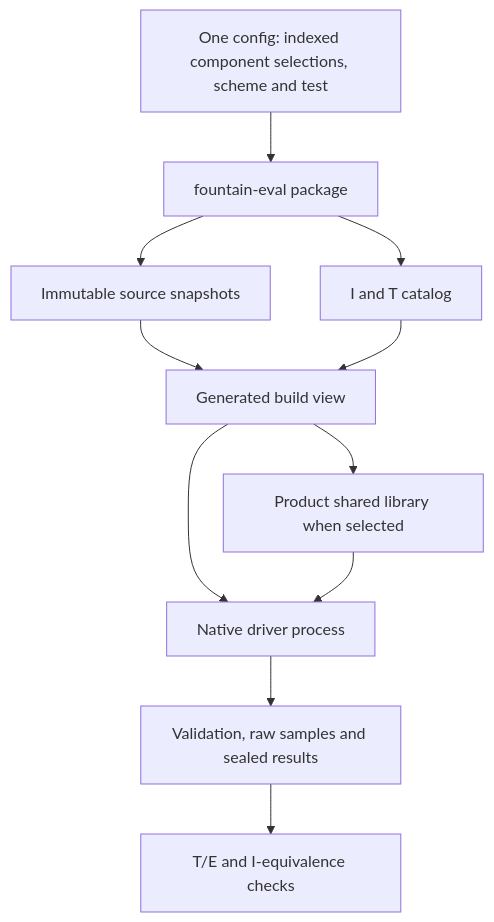
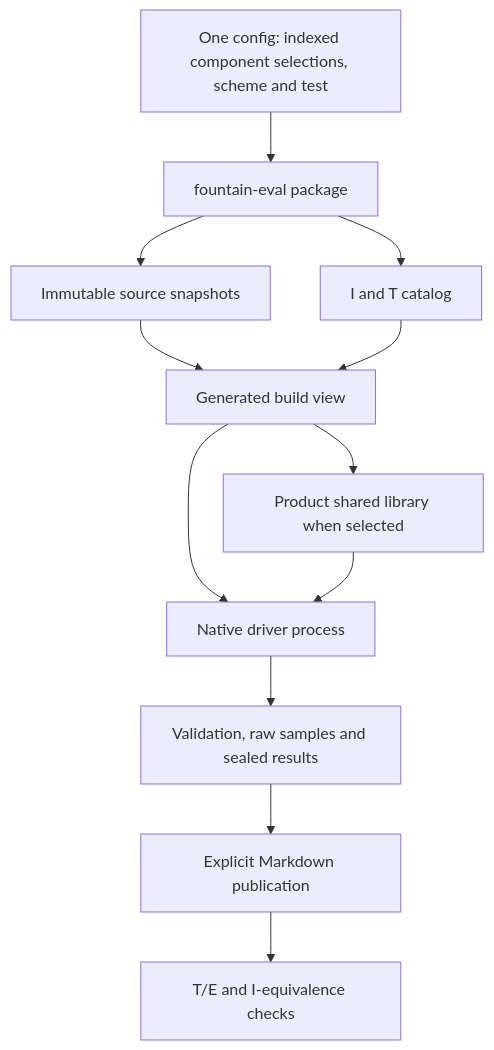
One commit to Gideon-0709/fountain_eval changed the diagram in docs/DESIGN.md. Above: the diagram before and after it, drawn with Mermaid. The commit also changed other lines of this file and 16 other files, not shown here.

````diff
--- a/docs/DESIGN.md
+++ b/docs/DESIGN.md
@@ -40,13 +41,14 @@
 ```mermaid
 flowchart TD
   User[One config: indexed component selections, scheme and test] --> Eval[fountain-eval package]
   Eval --> Frozen[Immutable source snapshots]
   Eval --> Registry[I and T catalog]
   Frozen --> View[Generated build view]
   Registry --> View
   View --> Driver[Native driver process]
   View --> Product[Product shared library when selected]
   Product --> Driver
   Driver --> Evidence[Validation, raw samples and sealed results]
-  Evidence --> Compare[T/E and I-equivalence checks]
+  Evidence --> Report[Explicit Markdown publication]
+  Report --> Compare[T/E and I-equivalence checks]
 ```
````
